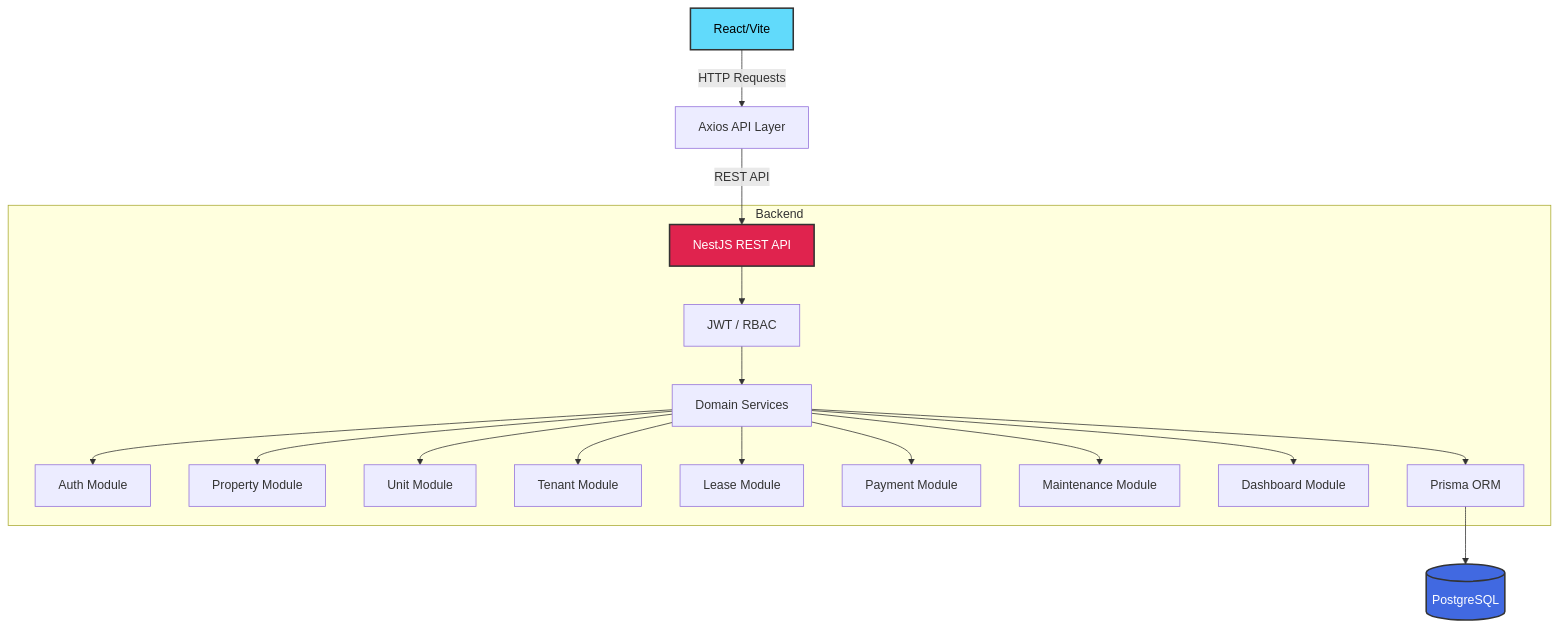
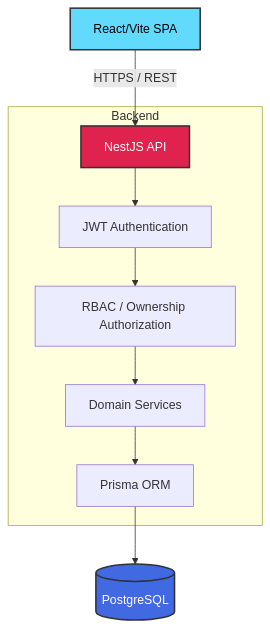
One commit to Manikanta-kovvuri/nestly changed the diagram in README.md. Above: the diagram before and after it, drawn with Mermaid. The commit also changed other lines of this file and 8 other files, not shown here.

````diff
--- a/README.md
+++ b/README.md
@@ -80,27 +34,17 @@
 ```mermaid
 graph TD
-    UI[React/Vite] -->|HTTP Requests| API[Axios API Layer]
-    API -->|REST API| Nest[NestJS REST API]
+    UI[React/Vite SPA] -->|HTTPS / REST| API[NestJS API]
     
     subgraph Backend
-        Nest --> Auth[JWT / RBAC]
-        Auth --> Domain[Domain Services]
-        
-        Domain --> M_Auth[Auth Module]
-        Domain --> M_Prop[Property Module]
-        Domain --> M_Unit[Unit Module]
-        Domain --> M_Ten[Tenant Module]
-        Domain --> M_Lease[Lease Module]
-        Domain --> M_Pay[Payment Module]
-        Domain --> M_Maint[Maintenance Module]
-        Domain --> M_Dash[Dashboard Module]
-        
+        API --> Auth[JWT Authentication]
+        Auth --> RBAC[RBAC / Ownership Authorization]
+        RBAC --> Domain[Domain Services]
         Domain --> ORM[Prisma ORM]
     end
     
     ORM --> DB[(PostgreSQL)]
 
     style UI fill:#61DAFB,stroke:#333,stroke-width:2px,color:black
-    style Nest fill:#E0234E,stroke:#333,stroke-width:2px,color:white
+    style API fill:#E0234E,stroke:#333,stroke-width:2px,color:white
     style DB fill:#4169E1,stroke:#333,stroke-width:2px,color:white
 ```
````
